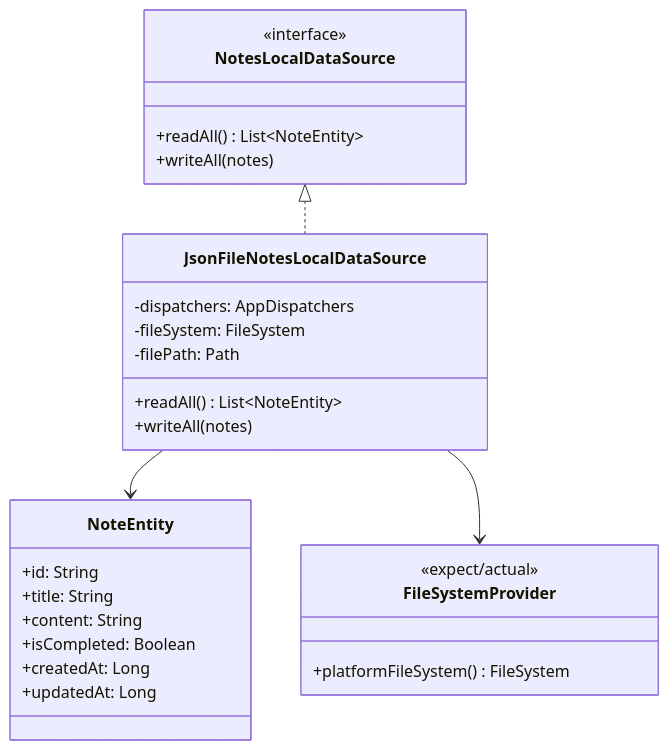
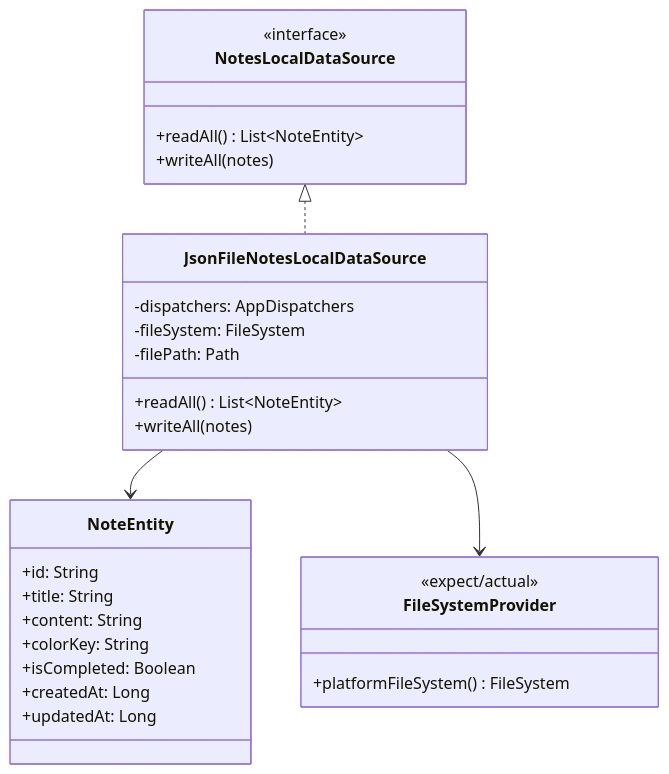
The second of 3 diagrams in core/database/ARCHITECTURE.md (TheSetox/note), drawn with Mermaid before and after one commit. The commit also changed 17 other files, not shown here.

````diff
--- a/core/database/ARCHITECTURE.md
+++ b/core/database/ARCHITECTURE.md
@@ -13,34 +13,35 @@
 ```mermaid
 classDiagram
   class NoteEntity {
     +id: String
     +title: String
     +content: String
+    +colorKey: String
     +isCompleted: Boolean
     +createdAt: Long
     +updatedAt: Long
   }
 
   class NotesLocalDataSource {
     <<interface>>
     +readAll() List~NoteEntity~
     +writeAll(notes)
   }
 
   class JsonFileNotesLocalDataSource {
     -dispatchers: AppDispatchers
     -fileSystem: FileSystem
     -filePath: Path
     +readAll() List~NoteEntity~
     +writeAll(notes)
   }
 
   class FileSystemProvider {
     <<expect/actual>>
     +platformFileSystem() FileSystem
   }
 
   NotesLocalDataSource <|.. JsonFileNotesLocalDataSource
   JsonFileNotesLocalDataSource --> NoteEntity
   JsonFileNotesLocalDataSource --> FileSystemProvider
 ```
````
